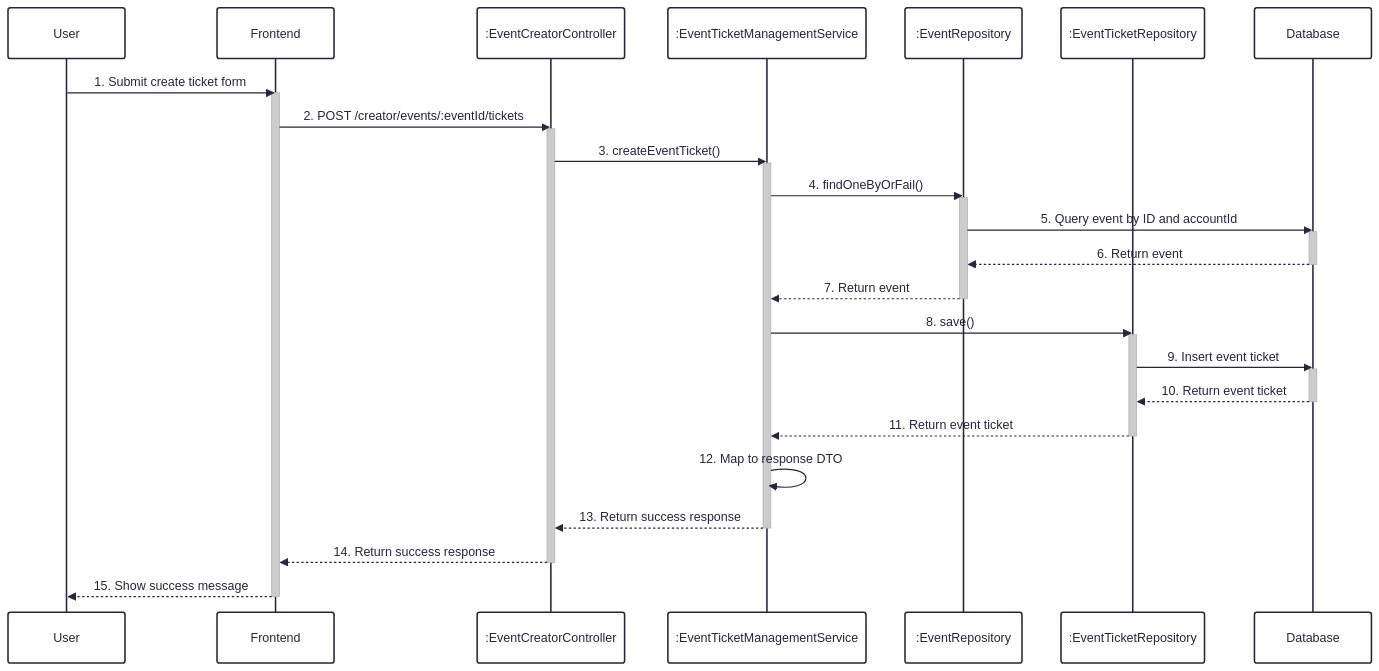
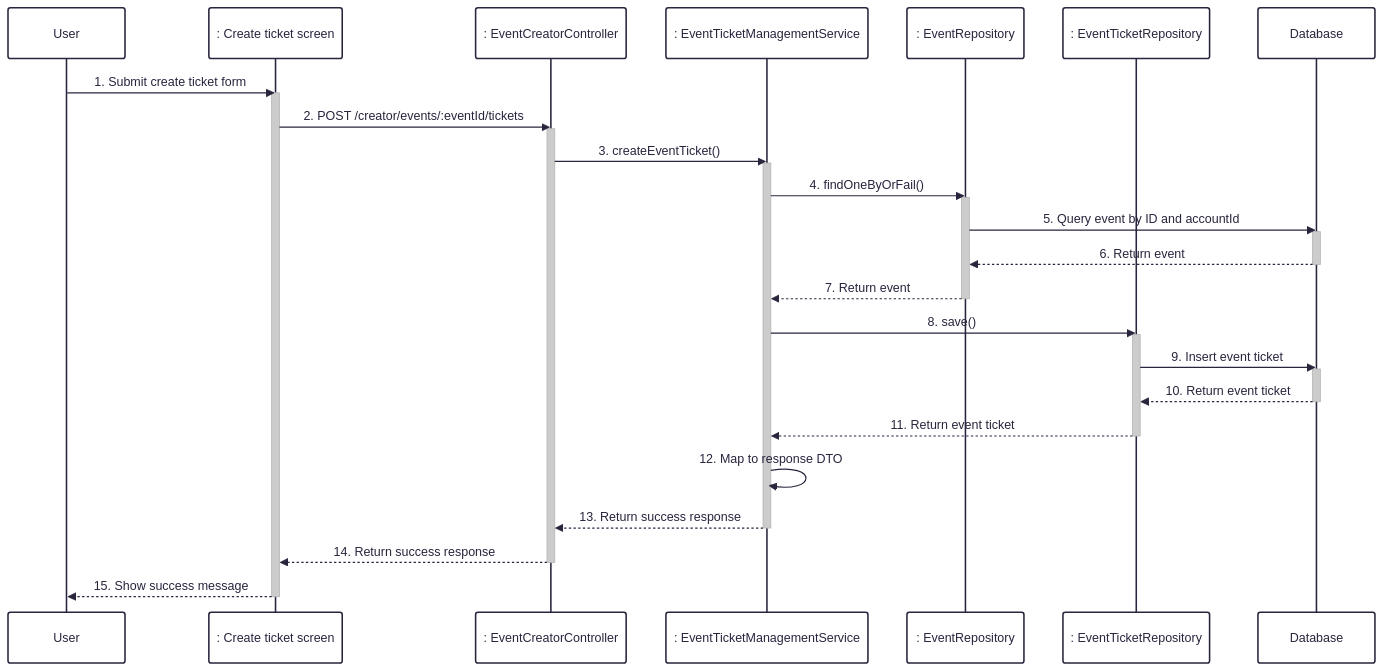
The diagram in docs/sequence/7-create-event-ticket.md (UrbanLens-2025/urban-lens_server), drawn with Mermaid before and after one commit. The commit also changed 11 other files, not shown here.

Commit message:
Sequence diagrams

````diff
--- a/docs/sequence/7-create-event-ticket.md
+++ b/docs/sequence/7-create-event-ticket.md
@@ -1,45 +1,45 @@
 ```mermaid
 ---
 config:
   theme: redux
   look: classic
 ---
 sequenceDiagram
     participant User
-    participant Frontend
-    participant EventCreatorController as :EventCreatorController
-    participant EventTicketManagementService as :EventTicketManagementService
-    participant EventRepository as :EventRepository
-    participant EventTicketRepository as :EventTicketRepository
+    participant Frontend as : Create ticket screen
+    participant EventCreatorController as : EventCreatorController
+    participant EventTicketManagementService as : EventTicketManagementService
+    participant EventRepository as : EventRepository
+    participant EventTicketRepository as : EventTicketRepository
     participant Database
 
     User->>Frontend: 1. Submit create ticket form
     activate Frontend
     Frontend->>EventCreatorController: 2. POST /creator/events/:eventId/tickets
     activate EventCreatorController
     EventCreatorController->>EventTicketManagementService: 3. createEventTicket()
     activate EventTicketManagementService
     EventTicketManagementService->>EventRepository: 4. findOneByOrFail()
     activate EventRepository
     EventRepository->>Database: 5. Query event by ID and accountId
     activate Database
     Database-->>EventRepository: 6. Return event
     deactivate Database
     EventRepository-->>EventTicketManagementService: 7. Return event
     deactivate EventRepository
     EventTicketManagementService->>EventTicketRepository: 8. save()
     activate EventTicketRepository
     EventTicketRepository->>Database: 9. Insert event ticket
     activate Database
     Database-->>EventTicketRepository: 10. Return event ticket
     deactivate Database
     EventTicketRepository-->>EventTicketManagementService: 11. Return event ticket
     deactivate EventTicketRepository
     EventTicketManagementService->>EventTicketManagementService: 12. Map to response DTO
     EventTicketManagementService-->>EventCreatorController: 13. Return success response
     deactivate EventTicketManagementService
     EventCreatorController-->>Frontend: 14. Return success response
     deactivate EventCreatorController
     Frontend-->>User: 15. Show success message
     deactivate Frontend
 ```
````
